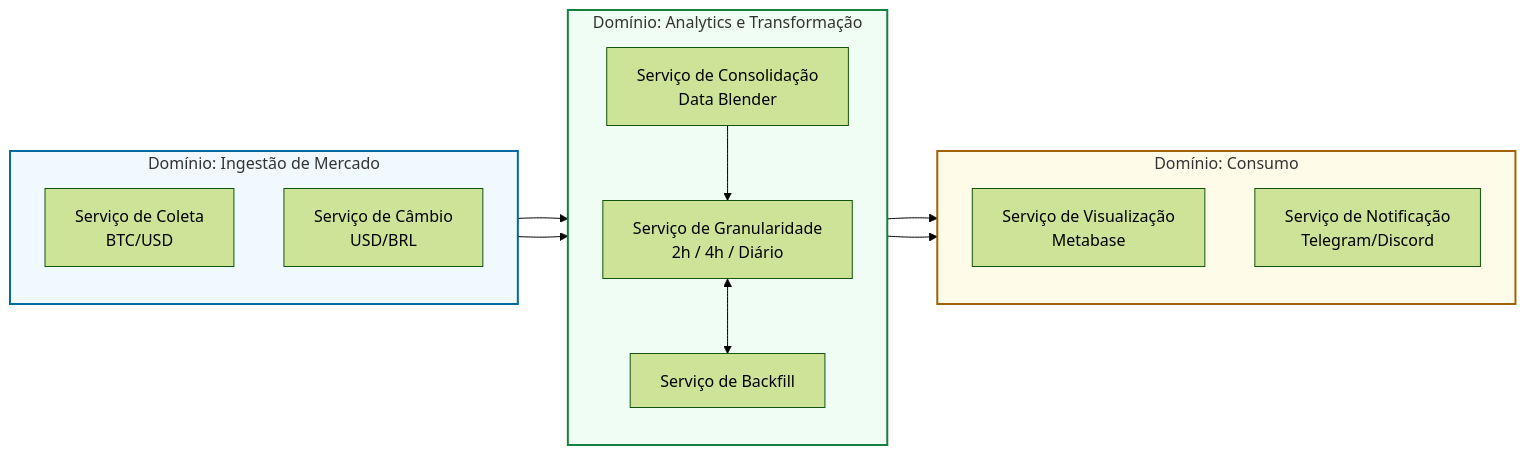
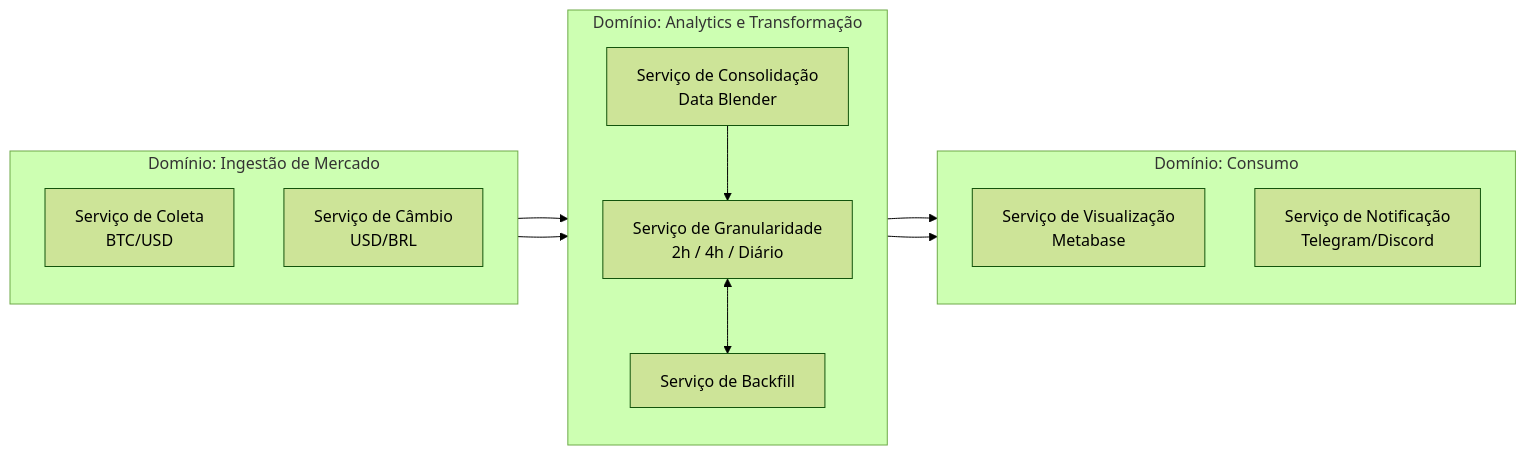
The diagram in docs/03_dominios.md (pietrapaz/btc-data-pipeline), drawn with Mermaid (forest theme) before and after one commit.

````diff
--- a/docs/03_dominios.md
+++ b/docs/03_dominios.md
@@ -32,32 +32,27 @@
 ```mermaid
 graph LR
     subgraph DOM_INGESTAO [Domínio: Ingestão de Mercado]
         direction TB
         S1[Serviço de Coleta<br/>BTC/USD]
         S2[Serviço de Câmbio<br/>USD/BRL]
     end
 
     subgraph DOM_ANALYTICS [Domínio: Analytics e Transformação]
         direction TB
         T1[Serviço de Consolidação<br/>Data Blender]
         T2[Serviço de Granularidade<br/>2h / 4h / Diário]
         T3[Serviço de Backfill]
     end
 
     subgraph DOM_CONSUMO [Domínio: Consumo]
         direction TB
         C1[Serviço de Visualização<br/>Metabase]
         C2[Serviço de Notificação<br/>Telegram/Discord]
     end
 
     %% Fluxo de Dados
     S1 & S2 --> T1
     T1 --> T2
     T2 <--> T3
     T2 --> C1 & C2
-
-    %% Estilização
-    style DOM_INGESTAO fill:#f0f9ff,stroke:#0369a1,stroke-width:2px
-    style DOM_ANALYTICS fill:#f0fdf4,stroke:#15803d,stroke-width:2px
-    style DOM_CONSUMO fill:#fefce8,stroke:#a16207,stroke-width:2px
 ```
````
